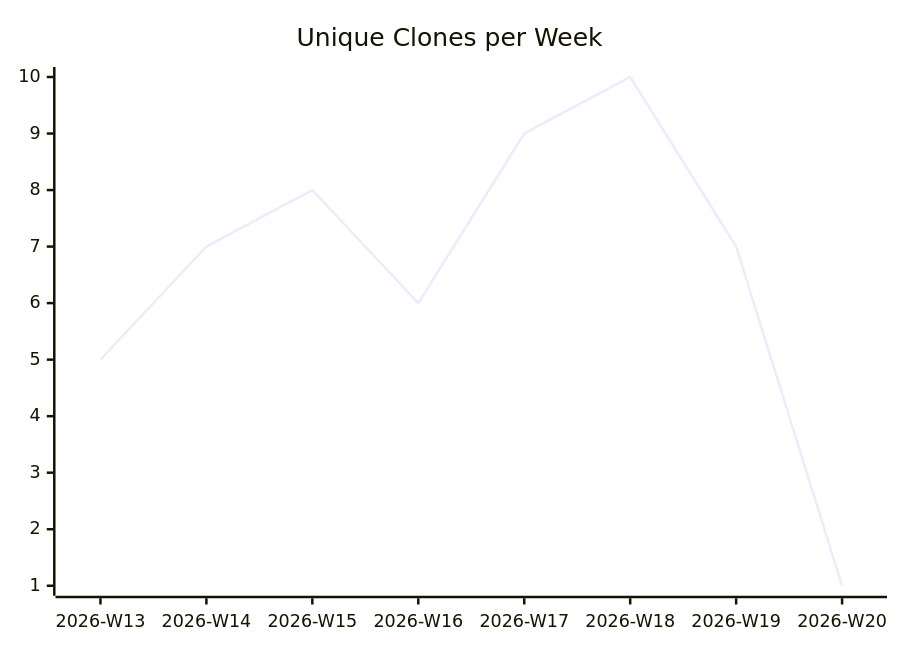
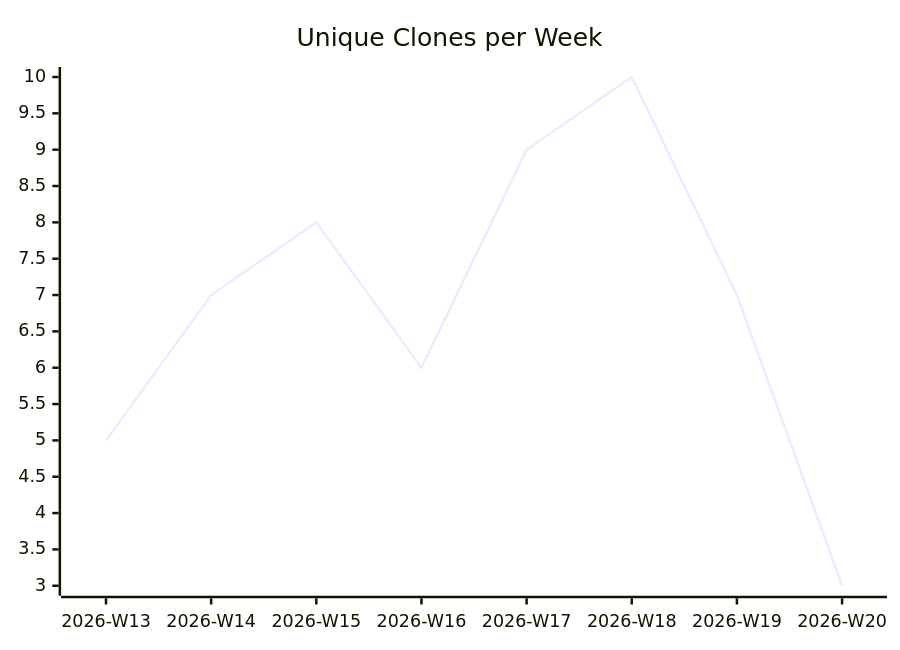
One commit to justdavis-family/github-analytics-data changed the third of 3 diagrams in karlmdavis/ansible-role-jenkins2/README.md. Above: the diagram before and after it, drawn with Mermaid. The commit also changed other lines of this file and 190 other files, not shown here.

````diff
--- a/karlmdavis/ansible-role-jenkins2/README.md
+++ b/karlmdavis/ansible-role-jenkins2/README.md
@@ -19,6 +19,6 @@
 ```mermaid
 xychart-beta
   title "Unique Clones per Week"
   x-axis ["2026-W13", "2026-W14", "2026-W15", "2026-W16", "2026-W17", "2026-W18", "2026-W19", "2026-W20"]
-  line [5, 7, 8, 6, 9, 10, 7, 1]
+  line [5, 7, 8, 6, 9, 10, 7, 3]
 ```
````
